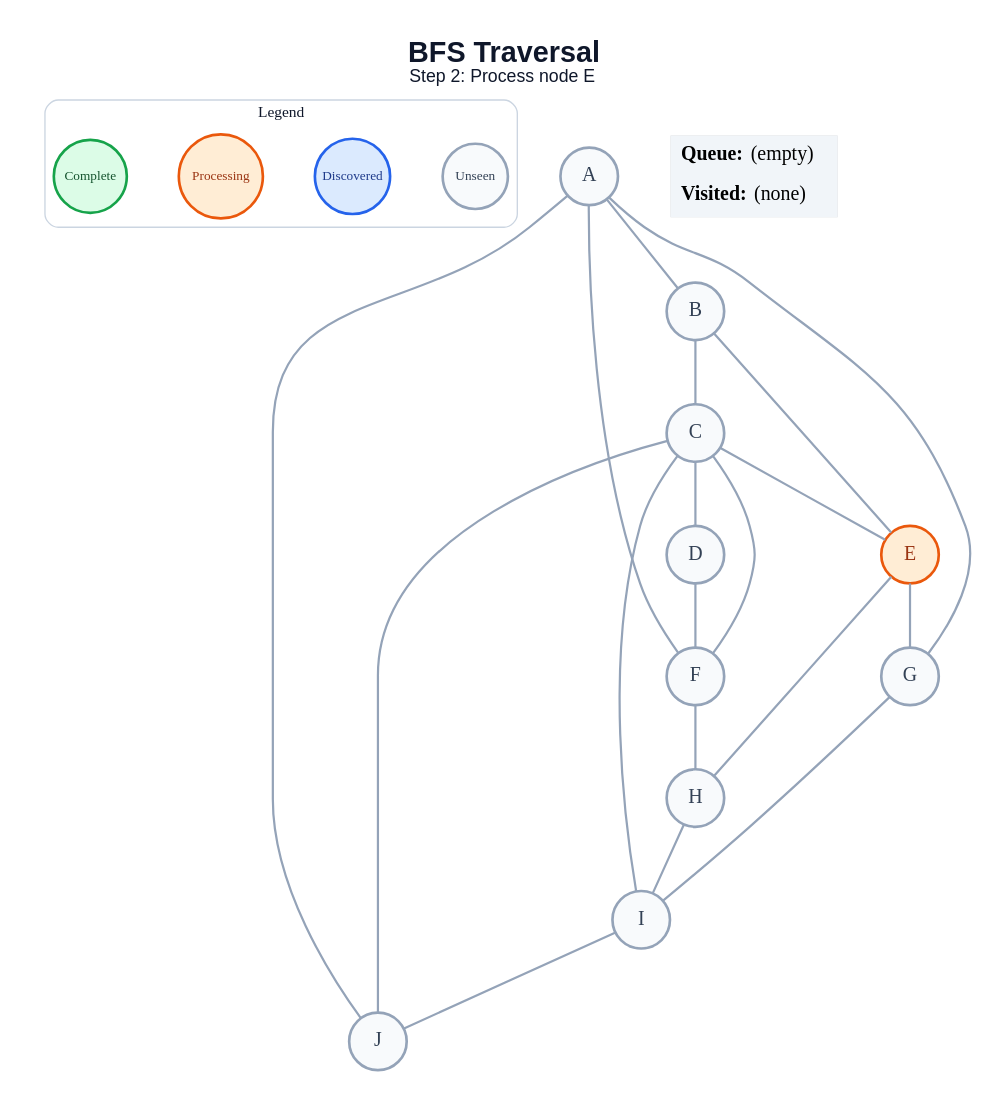
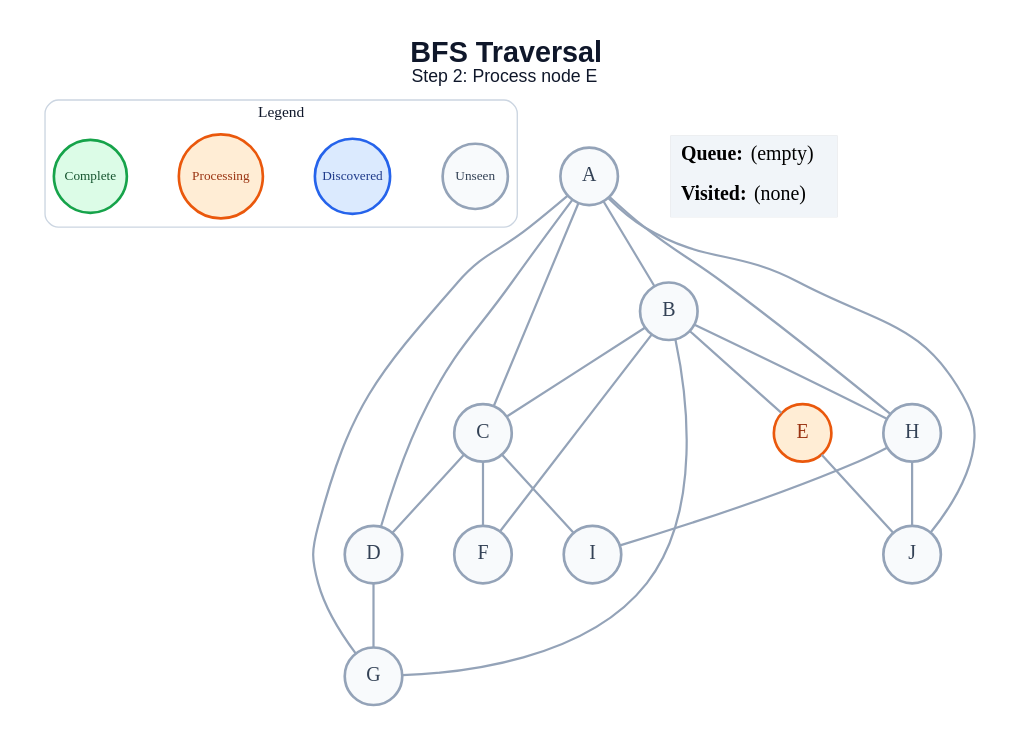
The diagram in generated/specific-node/bfs/step_02.dot (amanghodawala9/ai-slop), drawn with Graphviz before and after one commit. The commit also changed 178 other files, not shown here.

```diff
--- a/generated/specific-node/bfs/step_02.dot
+++ b/generated/specific-node/bfs/step_02.dot
@@ -1,47 +1,47 @@
 graph traversal {
   graph [layout=dot, rankdir=TB, bgcolor="#FFFFFF", pad="0.35", nodesep="0.65", ranksep="0.8", fontname="Arial"];
   node [shape=circle, style="filled", fontname="Arial Bold", fontsize=18, width=0.72, fixedsize=true, penwidth=2.4];
   edge [color="#94A3B8", penwidth=2.0];
   label=<<B>BFS Traversal</B><BR/><FONT POINT-SIZE="16">Step 2: Process node E</FONT>>; labelloc="t"; fontsize=26; fontname="Arial"; fontcolor="#0F172A";
   subgraph cluster_legend { label="Legend"; color="#CBD5E1"; penwidth=1.2; style="rounded"; fontsize=14; fontname="Arial Bold";
     key_unseen [label="Unseen", fillcolor="#F8FAFC", color="#94A3B8", fontcolor="#334155", fontsize=12, width=0.82];
     key_frontier [label="Discovered", fillcolor="#DBEAFE", color="#2563EB", fontcolor="#1E3A8A", fontsize=12, width=0.95];
     key_current [label="Processing", fillcolor="#FFEDD5", color="#EA580C", fontcolor="#9A3412", fontsize=12, width=1.05];
     key_done [label="Complete", fillcolor="#DCFCE7", color="#16A34A", fontcolor="#14532D", fontsize=12, width=0.92];
     { rank=same; key_unseen; key_frontier; key_current; key_done; }
   }
   A [fillcolor="#F8FAFC", color="#94A3B8", fontcolor="#334155"];
   B [fillcolor="#F8FAFC", color="#94A3B8", fontcolor="#334155"];
   C [fillcolor="#F8FAFC", color="#94A3B8", fontcolor="#334155"];
   D [fillcolor="#F8FAFC", color="#94A3B8", fontcolor="#334155"];
   E [fillcolor="#FFEDD5", color="#EA580C", fontcolor="#9A3412"];
   F [fillcolor="#F8FAFC", color="#94A3B8", fontcolor="#334155"];
   G [fillcolor="#F8FAFC", color="#94A3B8", fontcolor="#334155"];
   H [fillcolor="#F8FAFC", color="#94A3B8", fontcolor="#334155"];
   I [fillcolor="#F8FAFC", color="#94A3B8", fontcolor="#334155"];
   J [fillcolor="#F8FAFC", color="#94A3B8", fontcolor="#334155"];
   A -- B;
-  A -- F;
+  A -- C;
+  A -- D;
   A -- G;
+  A -- H;
   A -- J;
   B -- C;
   B -- E;
+  B -- F;
+  B -- G;
+  B -- H;
   C -- D;
-  C -- E;
   C -- F;
   C -- I;
-  C -- J;
-  D -- F;
-  E -- G;
-  E -- H;
-  F -- H;
-  G -- I;
+  D -- G;
+  E -- J;
   H -- I;
-  I -- J;
+  H -- J;
   status [shape=plain, fixedsize=false, width=0, height=0, margin=0, label=<
     <TABLE BORDER="0" CELLBORDER="0" CELLPADDING="7" BGCOLOR="#F1F5F9">
       <TR><TD ALIGN="LEFT"><B>Queue:</B> (empty)</TD></TR>
       <TR><TD ALIGN="LEFT"><B>Visited:</B> (none)</TD></TR>
     </TABLE>
   >];
 }
```
